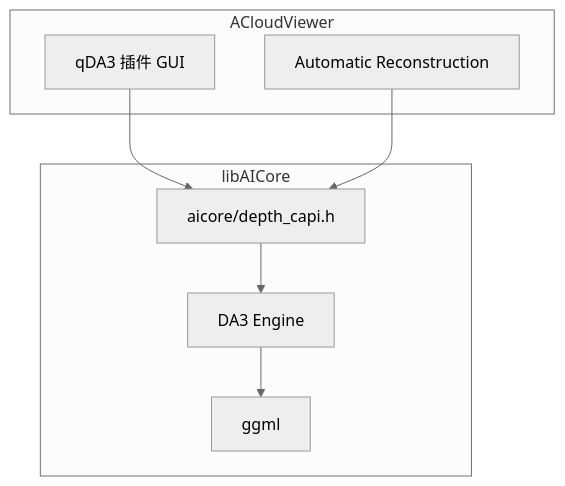
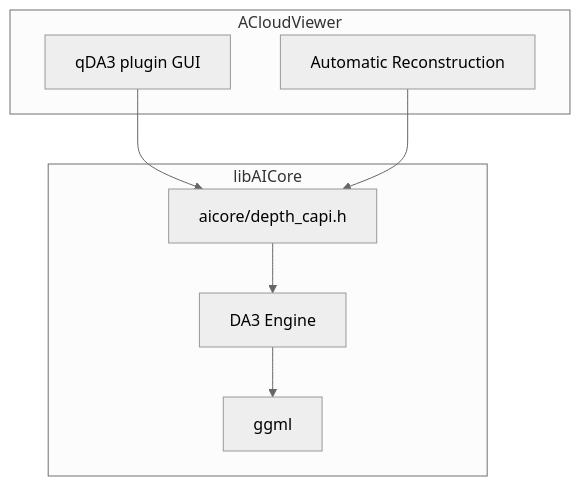
The first of 2 diagrams in plugins/core/Standard/qDA3/README.md (Asher-1/ACloudViewer), drawn with Mermaid (neutral theme) before and after one commit. The commit also changed other lines of this file and 74 other files, not shown here.

````diff
--- a/plugins/core/Standard/qDA3/README.md
+++ b/plugins/core/Standard/qDA3/README.md
@@ -15,15 +17,15 @@
 ```mermaid
 flowchart TB
     subgraph ACloudViewer
-        GUI[qDA3 插件 GUI]
+        GUI[qDA3 plugin GUI]
         AR[Automatic Reconstruction]
     end
     subgraph libAICore
         CAPI[aicore/depth_capi.h]
         ENG[DA3 Engine]
         GGML[ggml]
     end
     GUI --> CAPI
     AR --> CAPI
     CAPI --> ENG --> GGML
 ```
````
